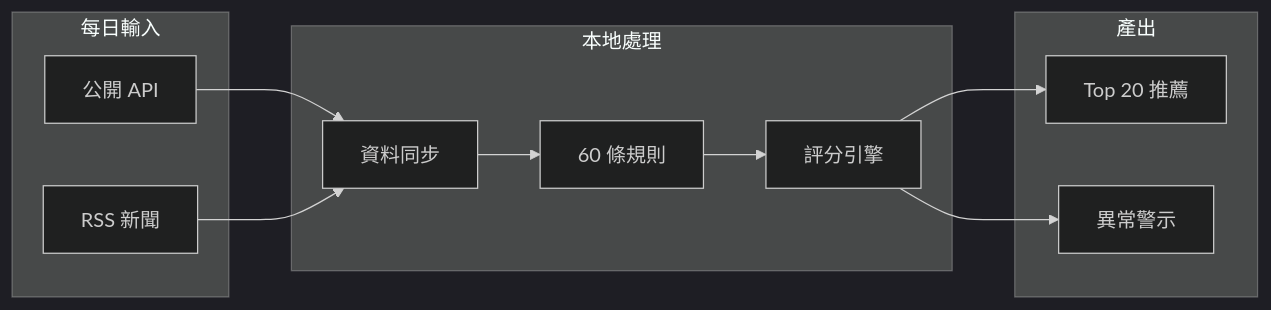
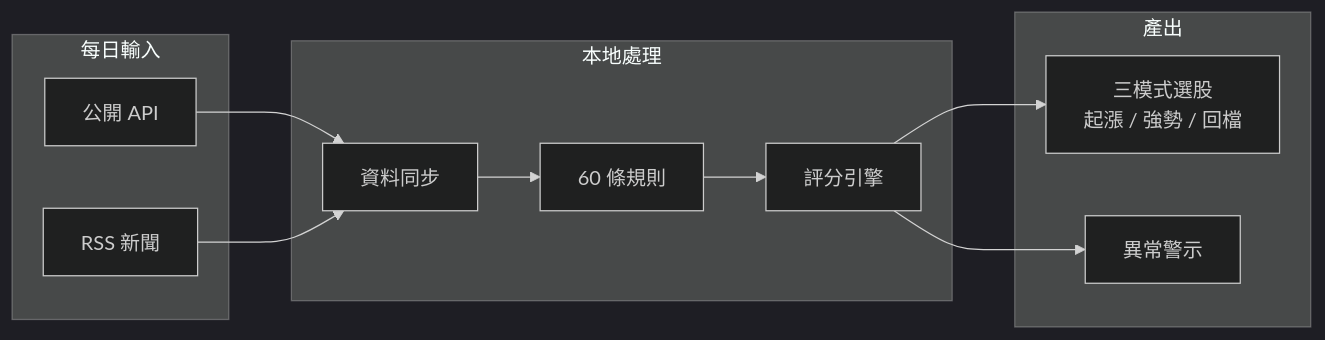
The diagram in CLAUDE.md (Neal75418/afterclose), drawn with Mermaid before and after one commit. The commit also changed 2 other files, not shown here.

Commit message:
docs: 收尾 — CHANGELOG 記錄三模式 analyst-grounded 重設計 + 同步 Top 20 過時描述
- CHANGELOG：新增 [Unreleased] 段，記錄 Today 三模式選股整套工作
  （3-mode UI + 風險徽章 + 階段分類歸位 + Mode A 乖離 gate + Mode B 60D 排序
  + Mode C v2 + ROE/窗口/壓分 bug 修復）。v0.5.1 tag 後的 Today 工作一直未進
  CHANGELOG，本段補上。
- README + CLAUDE.md：固定「Top 20 推薦」→ 三模式選股（起漲/強勢/回檔），
  反映 Today screen 已從 Top 20 改為 3-mode tab。

````diff
--- a/CLAUDE.md
+++ b/CLAUDE.md
@@ -11,24 +11,24 @@
 ```mermaid
 %%{init: {'theme': 'dark'}}%%
 flowchart LR
     subgraph Input["每日輸入"]
         API["公開 API"]
         RSS["RSS 新聞"]
     end
 
     subgraph Process["本地處理"]
         Sync["資料同步"]
         Rules["60 條規則"]
         Score["評分引擎"]
     end
 
     subgraph Output["產出"]
-        Top20["Top 20 推薦"]
+        Modes["三模式選股<br/>起漲 / 強勢 / 回檔"]
         Alert["異常警示"]
     end
 
     API --> Sync
     RSS --> Sync
-    Sync --> Rules --> Score --> Top20
+    Sync --> Rules --> Score --> Modes
     Score --> Alert
 ```
````
